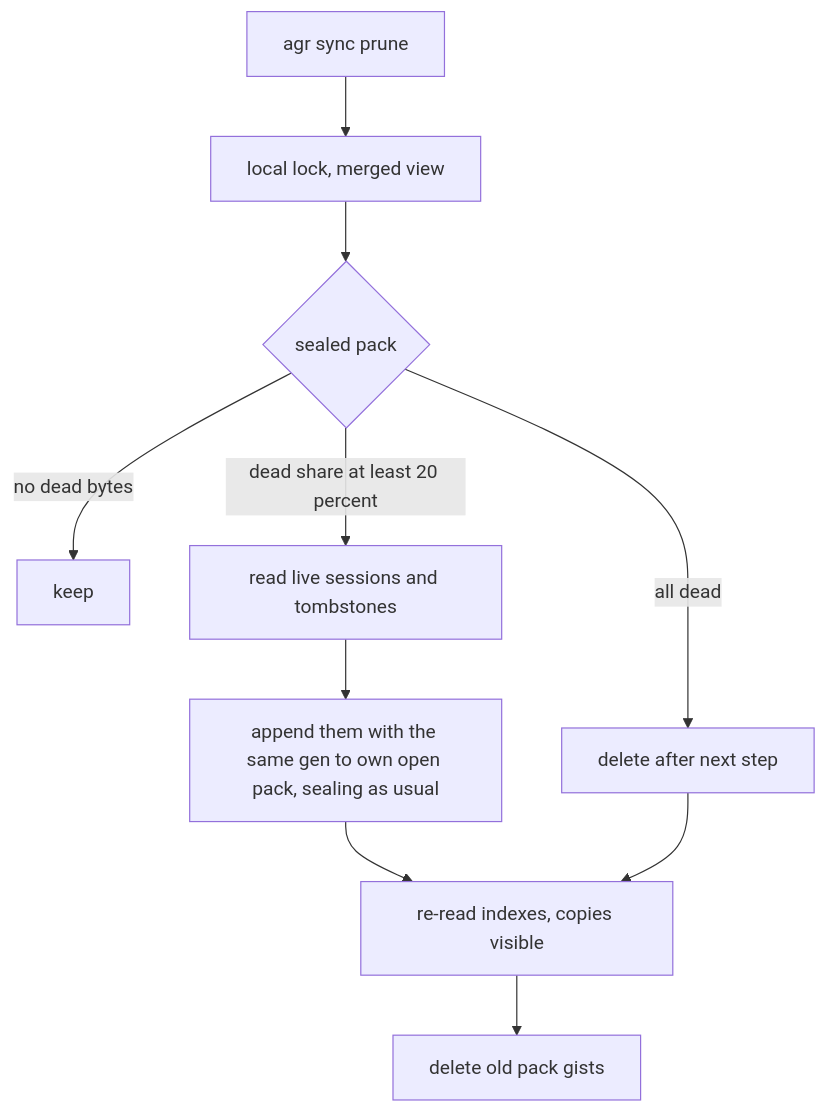
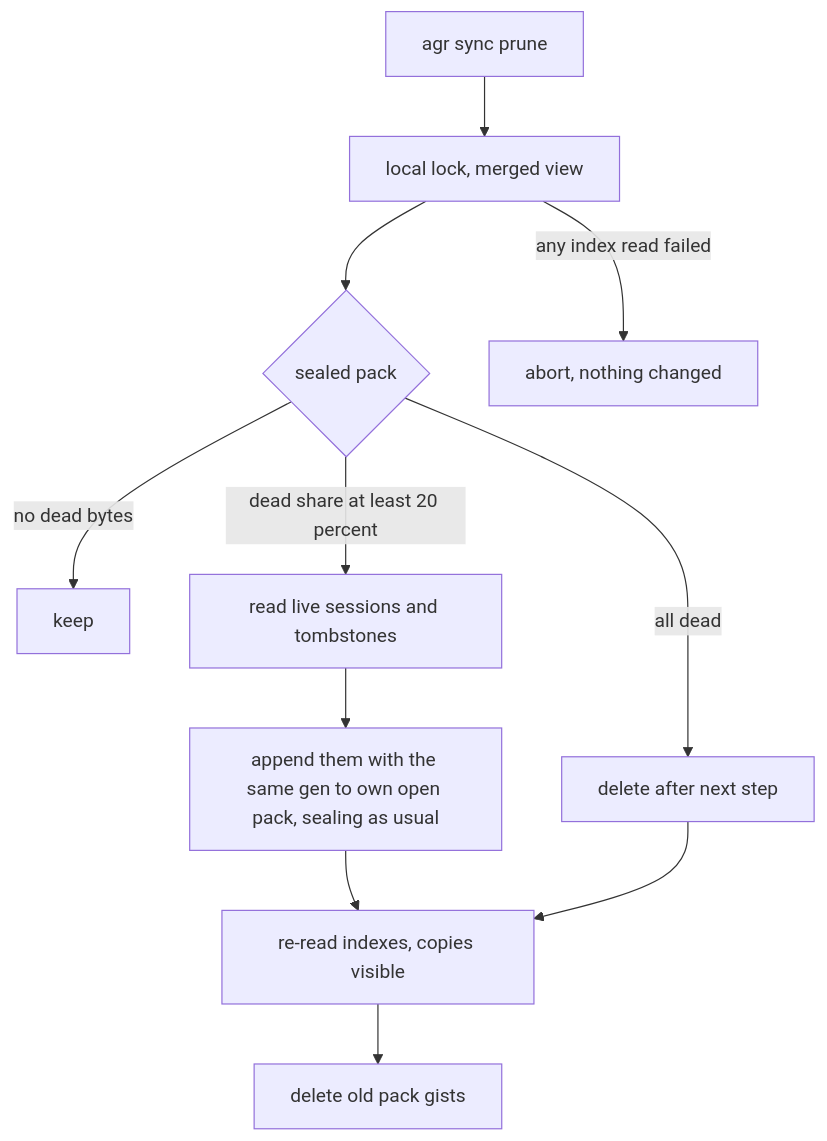
One commit to thiscantbeserious/agent-session-recorder changed diagram 11 of 11 in .state/feature-sync-gist/ADR.md. Above: the diagram before and after it, drawn with Mermaid. The commit also changed other lines of this file and 2 other files, not shown here.

First line of the commit message:
docs(docs): pack layer review fixes, index guard, tombstones, migrate first, prune safety, index cache

````diff
--- a/.state/feature-sync-gist/ADR.md
+++ b/.state/feature-sync-gist/ADR.md
@@ -1501,12 +1529,13 @@
 ```mermaid
 flowchart TD
     start[agr sync prune] --> view[local lock, merged view]
     view --> each{sealed pack}
+    view -- any index read failed --> abort[abort, nothing changed]
     each -- no dead bytes --> keep[keep]
     each -- all dead --> gone[delete after next step]
     each -- dead share at least 20 percent --> copy[read live sessions and tombstones]
     copy --> append[append them with the same gen to own open pack, sealing as usual]
     append --> check[re-read indexes, copies visible]
     check --> del[delete old pack gists]
     gone --> check
 ```
````
